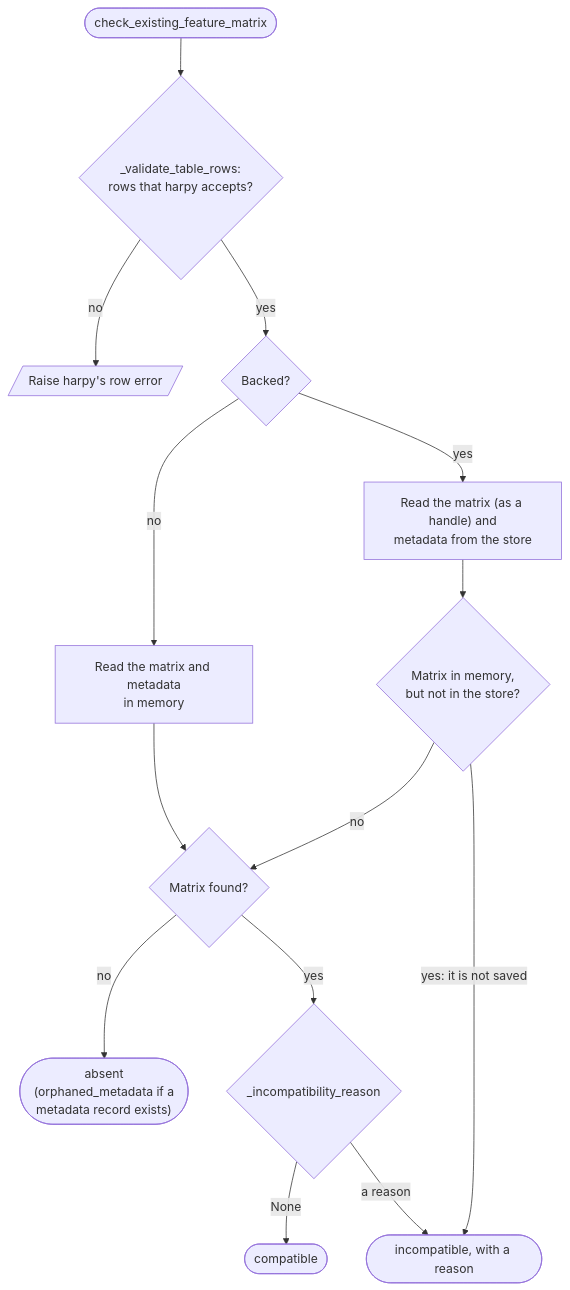
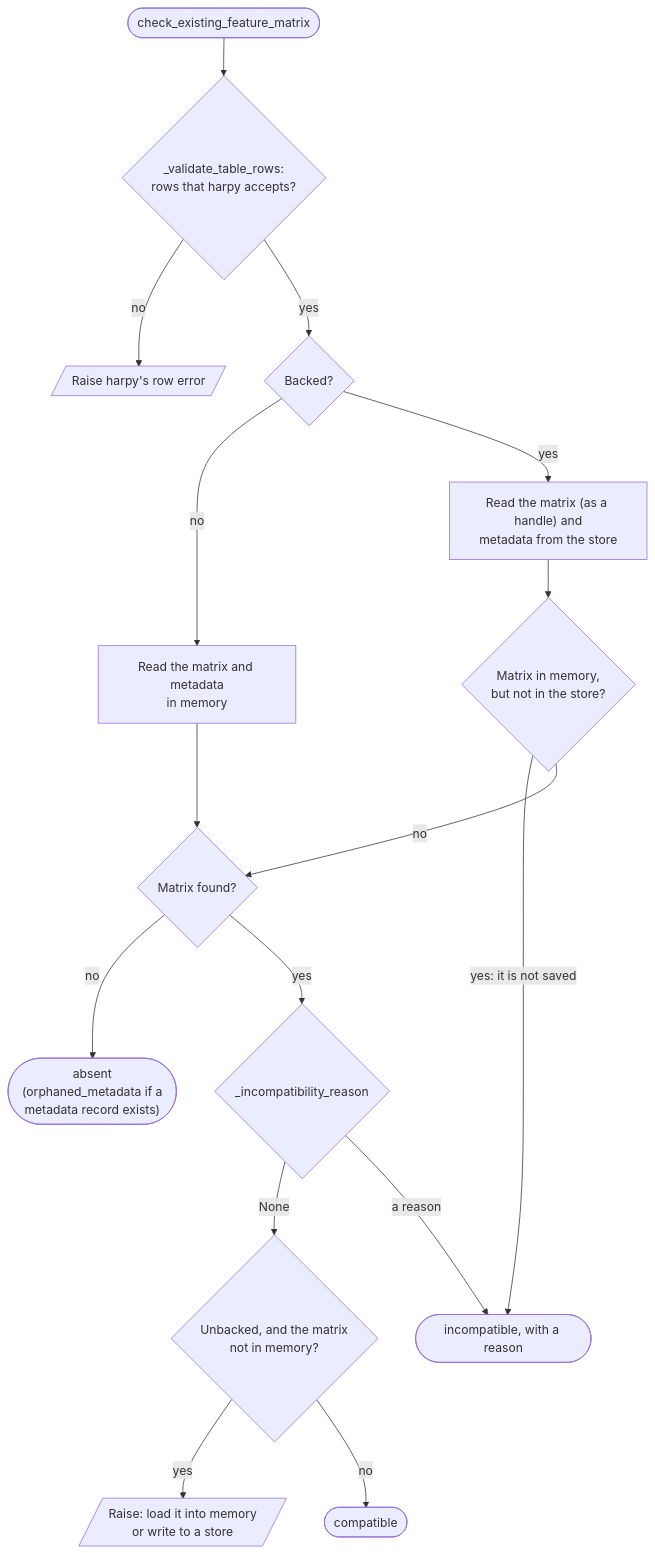
One commit to vibspatial/spatiato changed the second of 4 diagrams in docs/development/feature_extraction.md. Above: the diagram before and after it, drawn with Mermaid. The commit also changed other lines of this file, not shown here.

````diff
--- a/docs/development/feature_extraction.md
+++ b/docs/development/feature_extraction.md
@@ -95,16 +97,18 @@
 ```mermaid
 flowchart TD
     start(["check_existing_feature_matrix"]) --> rows{"_validate_table_rows:<br/>rows that harpy accepts?"}
     rows -- no --> rows_error[/"Raise harpy's row error"/]
     rows -- yes --> backed{"Backed?"}
     backed -- no --> read_memory["Read the matrix and metadata<br/>in memory"]
     backed -- yes --> read_store["Read the matrix (as a handle) and<br/>metadata from the store"]
     read_store --> memory_only{"Matrix in memory,<br/>but not in the store?"}
     memory_only -- "yes: it is not saved" --> incompatible(["incompatible, with a reason"])
     memory_only -- no --> found
     read_memory --> found{"Matrix found?"}
     found -- no --> absent(["absent<br/>(orphaned_metadata if a<br/>metadata record exists)"])
     found -- yes --> reason{"_incompatibility_reason"}
-    reason -- "None" --> compatible(["compatible"])
+    reason -- "None" --> lazy{"Unbacked, and the matrix<br/>not in memory?"}
+    lazy -- yes --> lazy_error[/"Raise: load it into memory<br/>or write to a store"/]
+    lazy -- no --> compatible(["compatible"])
     reason -- "a reason" --> incompatible
 ```
````
